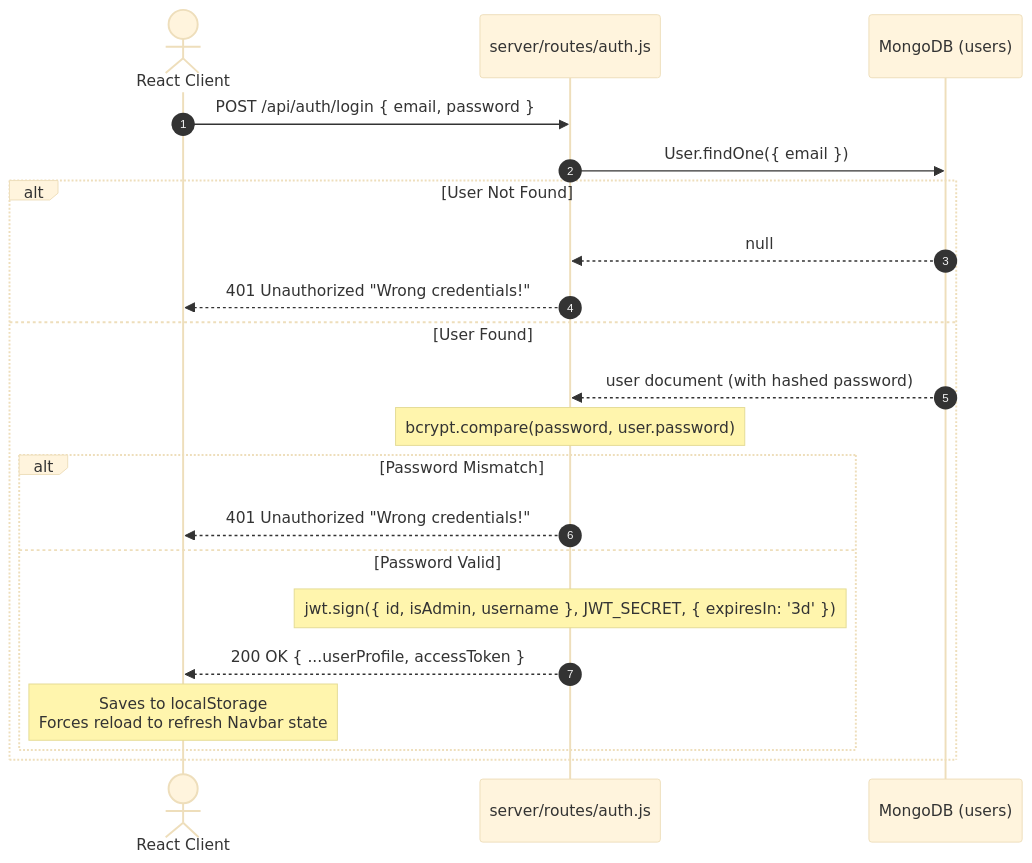
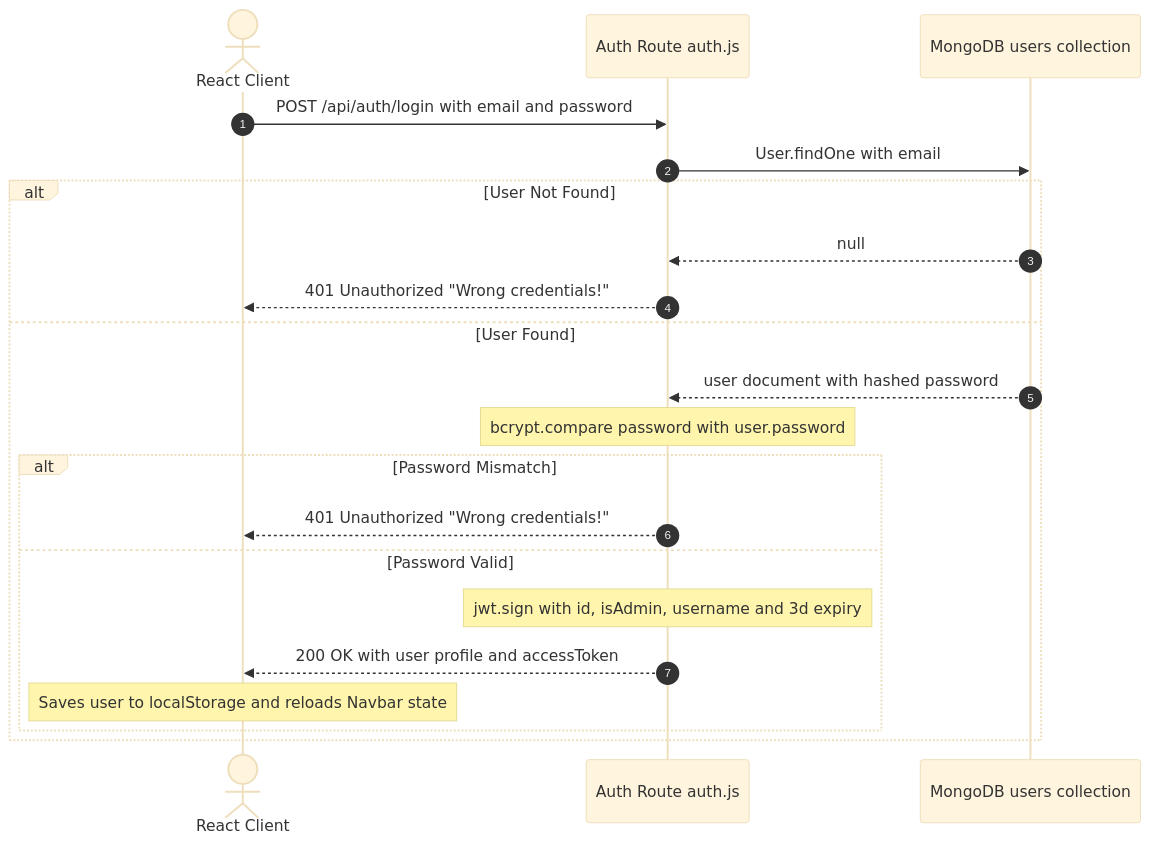
One commit to ShreshthTarwey/teer-brand-ecommerce changed the fourth of 6 diagrams in PROJECT_INTERVIEW_GUIDE.md. Above: the diagram before and after it, drawn with Mermaid (base theme). The commit also changed other lines of this file, not shown here.

````diff
--- a/PROJECT_INTERVIEW_GUIDE.md
+++ b/PROJECT_INTERVIEW_GUIDE.md
@@ -1070,24 +1070,24 @@
 ```mermaid
 sequenceDiagram
     autonumber
     actor Client as React Client
-    participant AuthRoute as server/routes/auth.js
-    participant DB as MongoDB (users)
+    participant AuthRoute as Auth Route auth.js
+    participant DB as MongoDB users collection
 
-    Client->>AuthRoute: POST /api/auth/login { email, password }
-    AuthRoute->>DB: User.findOne({ email })
+    Client->>AuthRoute: POST /api/auth/login with email and password
+    AuthRoute->>DB: User.findOne with email
     alt User Not Found
         DB-->>AuthRoute: null
         AuthRoute-->>Client: 401 Unauthorized "Wrong credentials!"
     else User Found
-        DB-->>AuthRoute: user document (with hashed password)
-        Note over AuthRoute: bcrypt.compare(password, user.password)
+        DB-->>AuthRoute: user document with hashed password
+        Note over AuthRoute: bcrypt.compare password with user.password
         alt Password Mismatch
             AuthRoute-->>Client: 401 Unauthorized "Wrong credentials!"
         else Password Valid
-            Note over AuthRoute: jwt.sign({ id, isAdmin, username }, JWT_SECRET, { expiresIn: '3d' })
-            AuthRoute-->>Client: 200 OK { ...userProfile, accessToken }
-            Note over Client: Saves to localStorage<br/>Forces reload to refresh Navbar state
+            Note over AuthRoute: jwt.sign with id, isAdmin, username and 3d expiry
+            AuthRoute-->>Client: 200 OK with user profile and accessToken
+            Note over Client: Saves user to localStorage and reloads Navbar state
         end
     end
 ```
````
